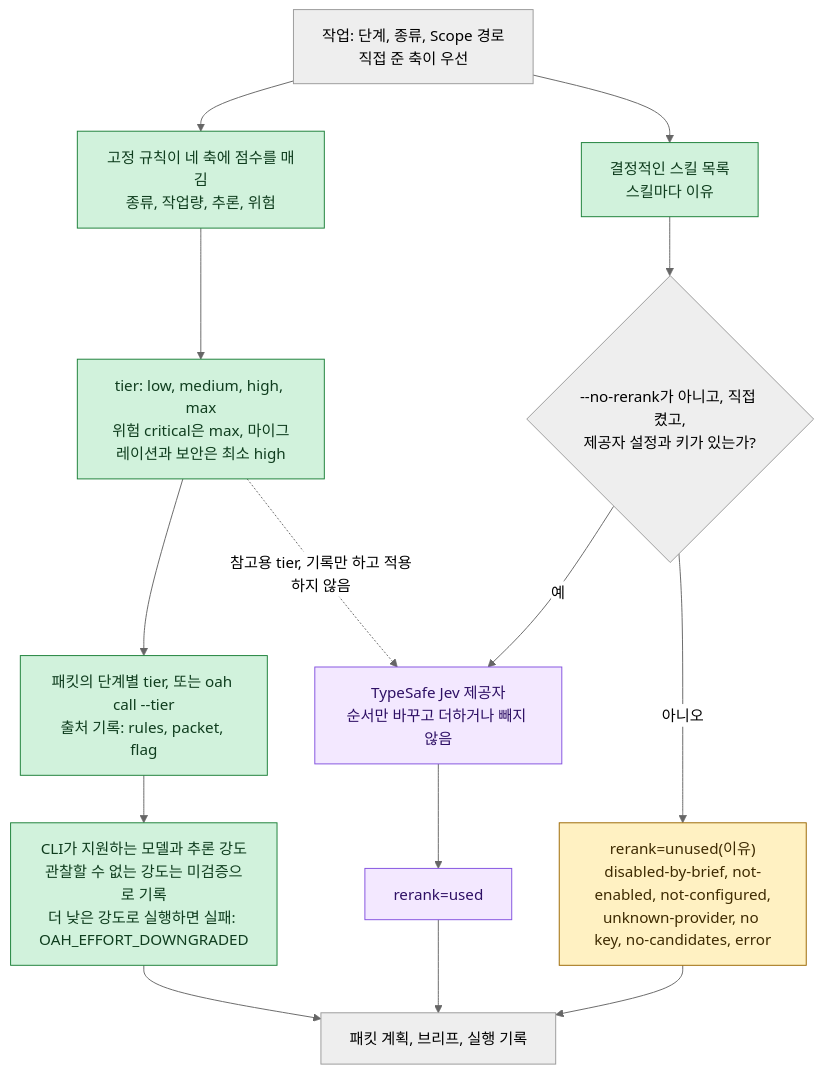
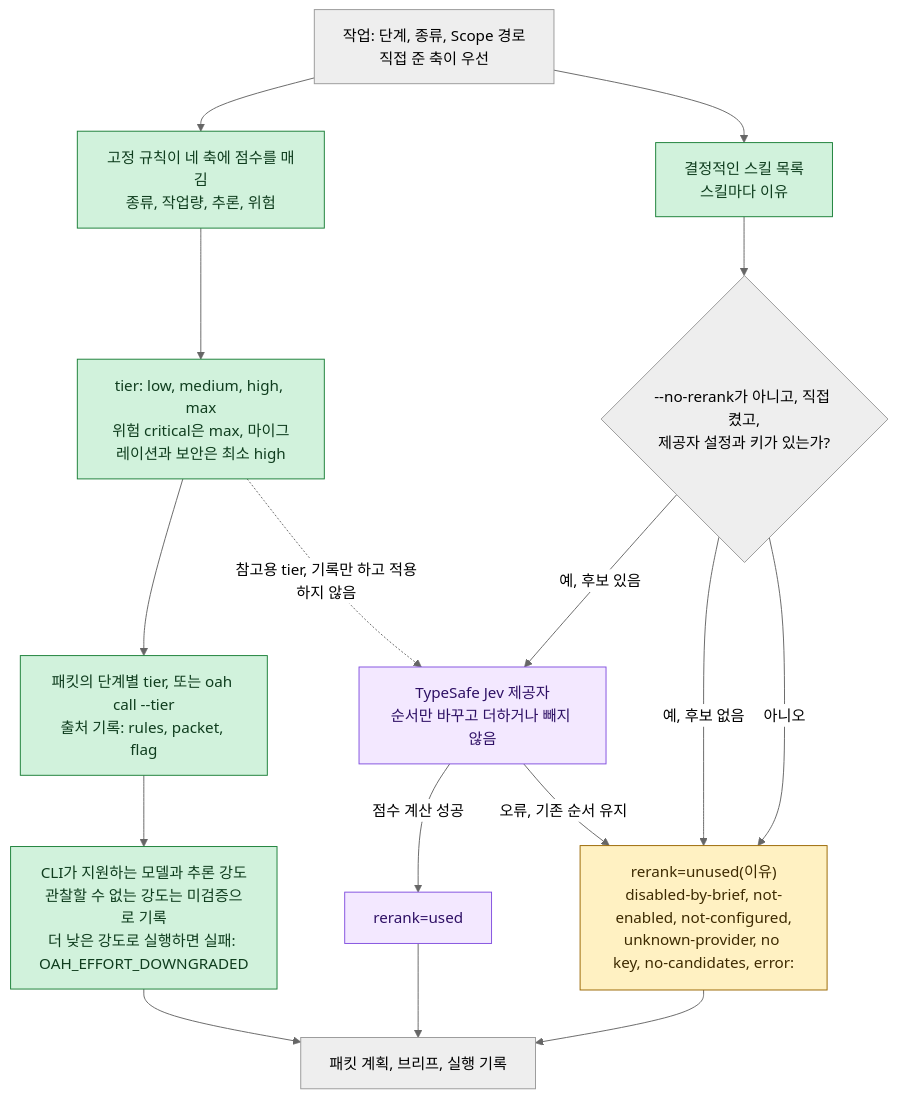
The third of 6 diagrams in docs/ko/concepts.md (KenSuh/open-agent-harness), drawn with Mermaid (neutral theme) before and after one commit. The commit also changed other lines of this file and 2 other files, not shown here.

Commit message:
docs: correct preflight, pre-push, impact refresh and re-ranker paths (review R1)
Agent-Engine: codex

````diff
--- a/docs/ko/concepts.md
+++ b/docs/ko/concepts.md
@@ -150,30 +150,33 @@
 ```mermaid
 flowchart TD
     task["작업: 단계, 종류, Scope 경로<br/>직접 준 축이 우선"]
     score["고정 규칙이 네 축에 점수를 매김<br/>종류, 작업량, 추론, 위험"]
     tier["tier: low, medium, high, max<br/>위험 critical은 max, 마이그레이션과 보안은 최소 high"]
     pick["패킷의 단계별 tier, 또는 oah call --tier<br/>출처 기록: rules, packet, flag"]
     model["CLI가 지원하는 모델과 추론 강도<br/>관찰할 수 없는 강도는 미검증으로 기록<br/>더 낮은 강도로 실행하면 실패: OAH_EFFORT_DOWNGRADED"]
     skills["결정적인 스킬 목록<br/>스킬마다 이유"]
     ask{"--no-rerank가 아니고, 직접 켰고,<br/>제공자 설정과 키가 있는가?"}
     jev["TypeSafe Jev 제공자<br/>순서만 바꾸고 더하거나 빼지 않음"]
     used["rerank=used"]
-    unused["rerank=unused(이유)<br/>disabled-by-brief, not-enabled, not-configured,<br/>unknown-provider, no key, no-candidates, error"]
+    unused["rerank=unused(이유)<br/>disabled-by-brief, not-enabled, not-configured,<br/>unknown-provider, no key, no-candidates, error:<code>"]
     brief["패킷 계획, 브리프, 실행 기록"]
 
     task --> score --> tier --> pick --> model --> brief
     task --> skills
     skills --> ask
-    ask -->|"예"| jev --> used
+    ask -->|"예, 후보 있음"| jev
+    ask -->|"예, 후보 없음"| unused
     ask -->|"아니오"| unused
+    jev -->|"점수 계산 성공"| used
+    jev -->|"오류, 기존 순서 유지"| unused
     used --> brief
     unused --> brief
     tier -.->|"참고용 tier, 기록만 하고 적용하지 않음"| jev
 
     classDef rule fill:#d1f2dc,stroke:#1a7f37,color:#0f3d1e
     classDef ai fill:#f3e8ff,stroke:#8250df,color:#2e1065
     classDef note fill:#fff1c2,stroke:#9a6700,color:#3d2a00
     class score,tier,pick,model,skills rule
     class jev,used ai
     class unused note
 ```
````
